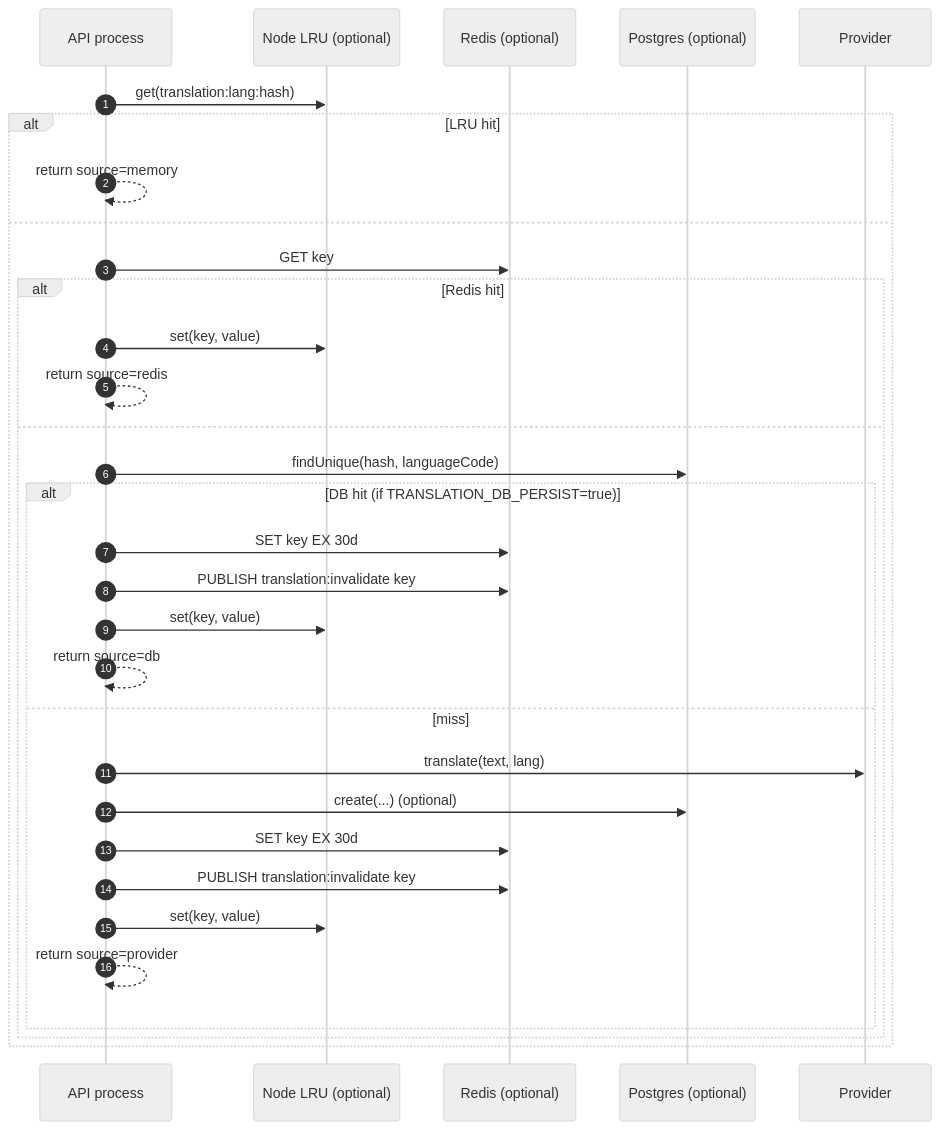
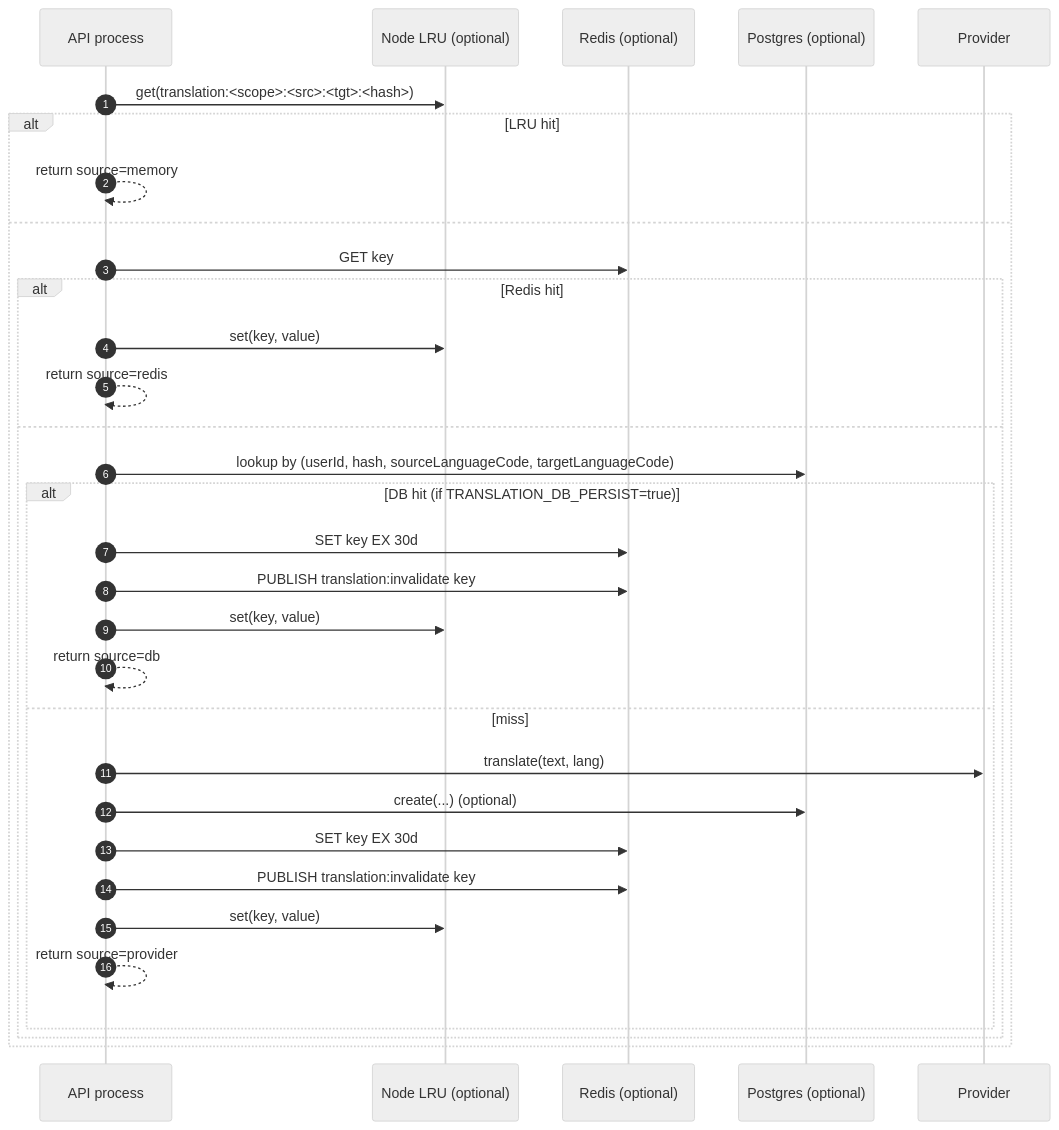
Before and after one commit to gaurab-blys/i18n-translate: the second of 3 diagrams in README.md, drawn with Mermaid (neutral theme). The commit also changed other lines of this file and 12 other files, not shown here.

````diff
--- a/README.md
+++ b/README.md
@@ -235,35 +249,35 @@
 ```mermaid
 sequenceDiagram
   autonumber
   participant API as API process
   participant LRU as Node LRU (optional)
   participant R as Redis (optional)
   participant PG as Postgres (optional)
   participant TP as Provider
 
-  API->>LRU: get(translation:lang:hash)
+  API->>LRU: get(translation:<scope>:<src>:<tgt>:<hash>)
   alt LRU hit
     API-->>API: return source=memory
   else
     API->>R: GET key
     alt Redis hit
       API->>LRU: set(key, value)
       API-->>API: return source=redis
     else
-      API->>PG: findUnique(hash, languageCode)
+      API->>PG: lookup by (userId, hash, sourceLanguageCode, targetLanguageCode)
       alt DB hit (if TRANSLATION_DB_PERSIST=true)
         API->>R: SET key EX 30d
         API->>R: PUBLISH translation:invalidate key
         API->>LRU: set(key, value)
         API-->>API: return source=db
       else miss
         API->>TP: translate(text, lang)
         API->>PG: create(...) (optional)
         API->>R: SET key EX 30d
         API->>R: PUBLISH translation:invalidate key
         API->>LRU: set(key, value)
         API-->>API: return source=provider
       end
     end
   end
 ```
````
